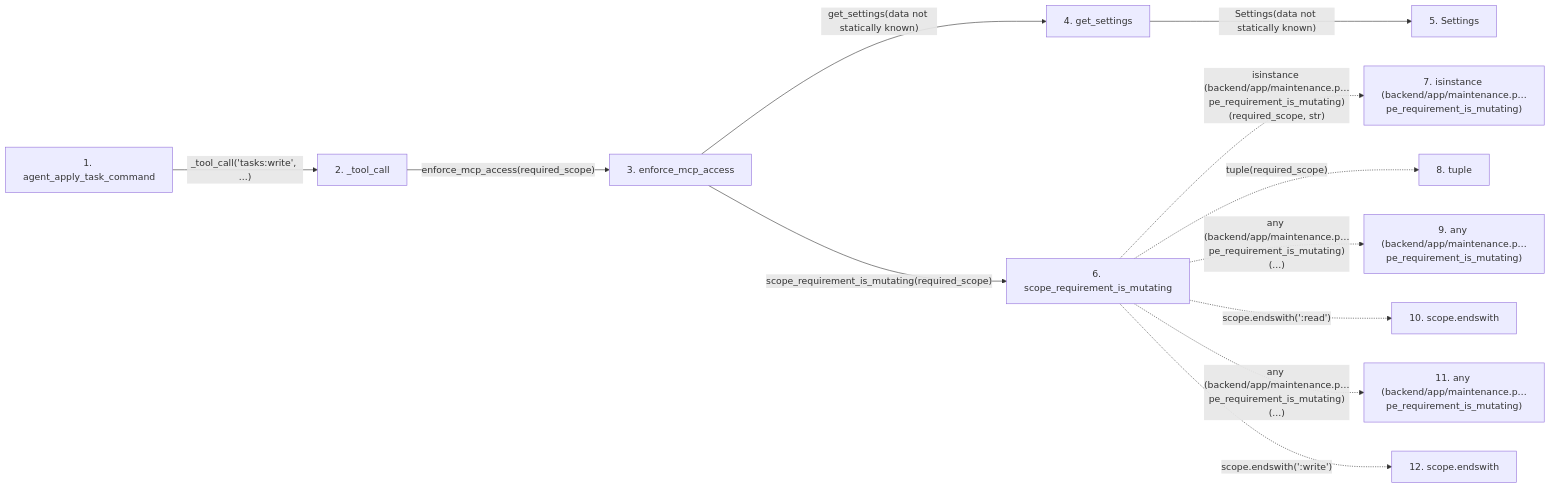
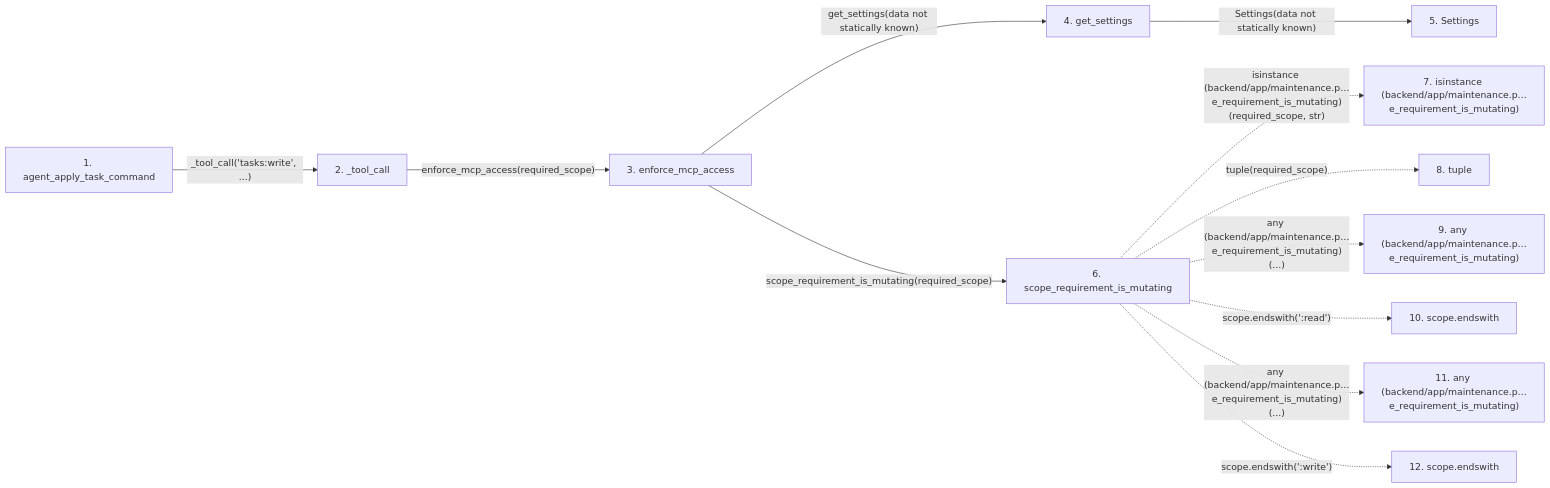
The second of 2 diagrams in docs/llm_wiki/flows/mcp-agent_apply_task_command.md (Denissvgn/WorkChord), drawn with Mermaid before and after one commit. The commit also changed other lines of this file and 1888 other files, not shown here.

````diff
--- a/docs/llm_wiki/flows/mcp-agent_apply_task_command.md
+++ b/docs/llm_wiki/flows/mcp-agent_apply_task_command.md
@@ -90,32 +92,32 @@
 ```mermaid
 flowchart LR
     s1["1. agent_apply_task_command"]
     s2["2. _tool_call"]
     s3["3. enforce_mcp_access"]
     s4["4. get_settings"]
     s5["5. Settings"]
     s6["6. scope_requirement_is_mutating"]
-    s7["7. isinstance (backend/app/maintenance.p…pe_requirement_is_mutating)"]
+    s7["7. isinstance (backend/app/maintenance.p…e_requirement_is_mutating)"]
     s8["8. tuple"]
-    s9["9. any (backend/app/maintenance.p…pe_requirement_is_mutating)"]
+    s9["9. any (backend/app/maintenance.p…e_requirement_is_mutating)"]
     s10["10. scope.endswith"]
-    s11["11. any (backend/app/maintenance.p…pe_requirement_is_mutating)"]
+    s11["11. any (backend/app/maintenance.p…e_requirement_is_mutating)"]
     s12["12. scope.endswith"]
     s1 -->|"_tool_call('tasks:write', ...)"| s2
     s2 -->|"enforce_mcp_access(required_scope)"| s3
     s3 -->|"get_settings(data not statically known)"| s4
     s4 -->|"Settings(data not statically known)"| s5
     s3 -->|"scope_requirement_is_mutating(required_scope)"| s6
-    s6 -. "isinstance (backend/app/maintenance.p…pe_requirement_is_mutating)(required_scope, str)" .-> s7
+    s6 -. "isinstance (backend/app/maintenance.p…e_requirement_is_mutating)(required_scope, str)" .-> s7
     s6 -. "tuple(required_scope)" .-> s8
-    s6 -. "any (backend/app/maintenance.p…pe_requirement_is_mutating)(...)" .-> s9
+    s6 -. "any (backend/app/maintenance.p…e_requirement_is_mutating)(...)" .-> s9
     s6 -. "scope.endswith(':read')" .-> s10
-    s6 -. "any (backend/app/maintenance.p…pe_requirement_is_mutating)(...)" .-> s11
+    s6 -. "any (backend/app/maintenance.p…e_requirement_is_mutating)(...)" .-> s11
     s6 -. "scope.endswith(':write')" .-> s12
     click s1 "../modules/mcp_server.md"
     click s2 "../modules/mcp_server.md"
     click s3 "../modules/maintenance.md"
     click s4 "../modules/config.md"
     click s5 "../modules/config.md"
     click s6 "../modules/maintenance.md"
 ```
````
